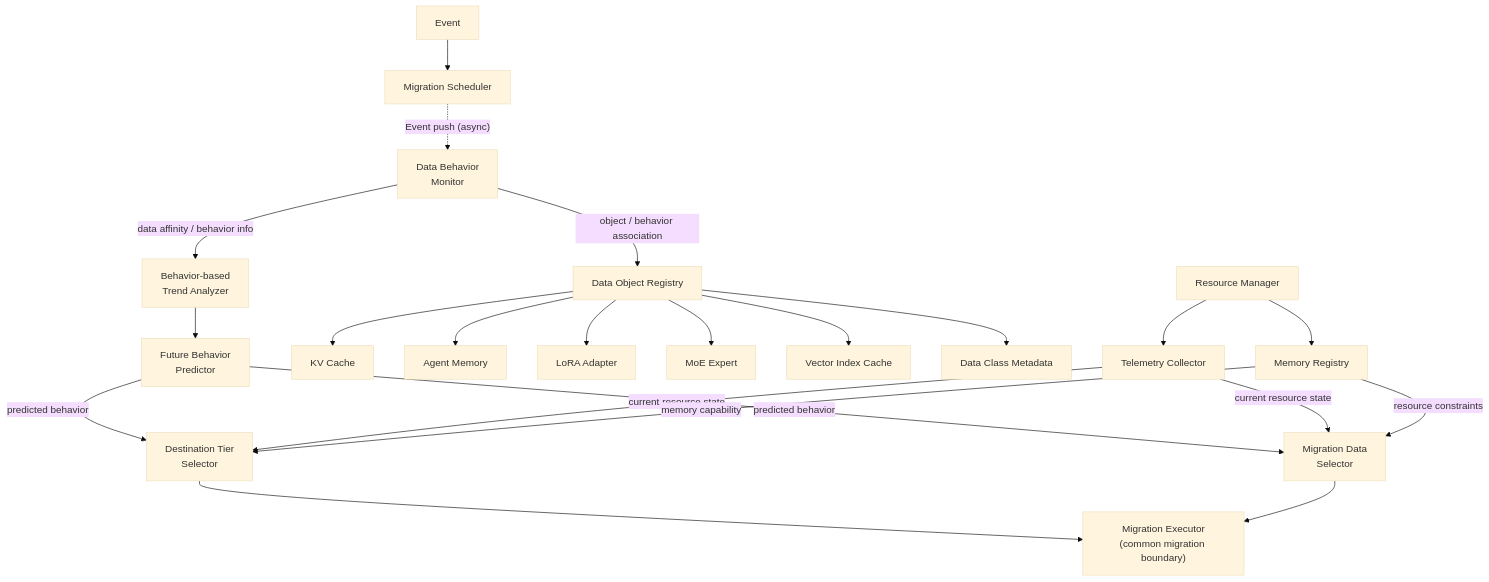
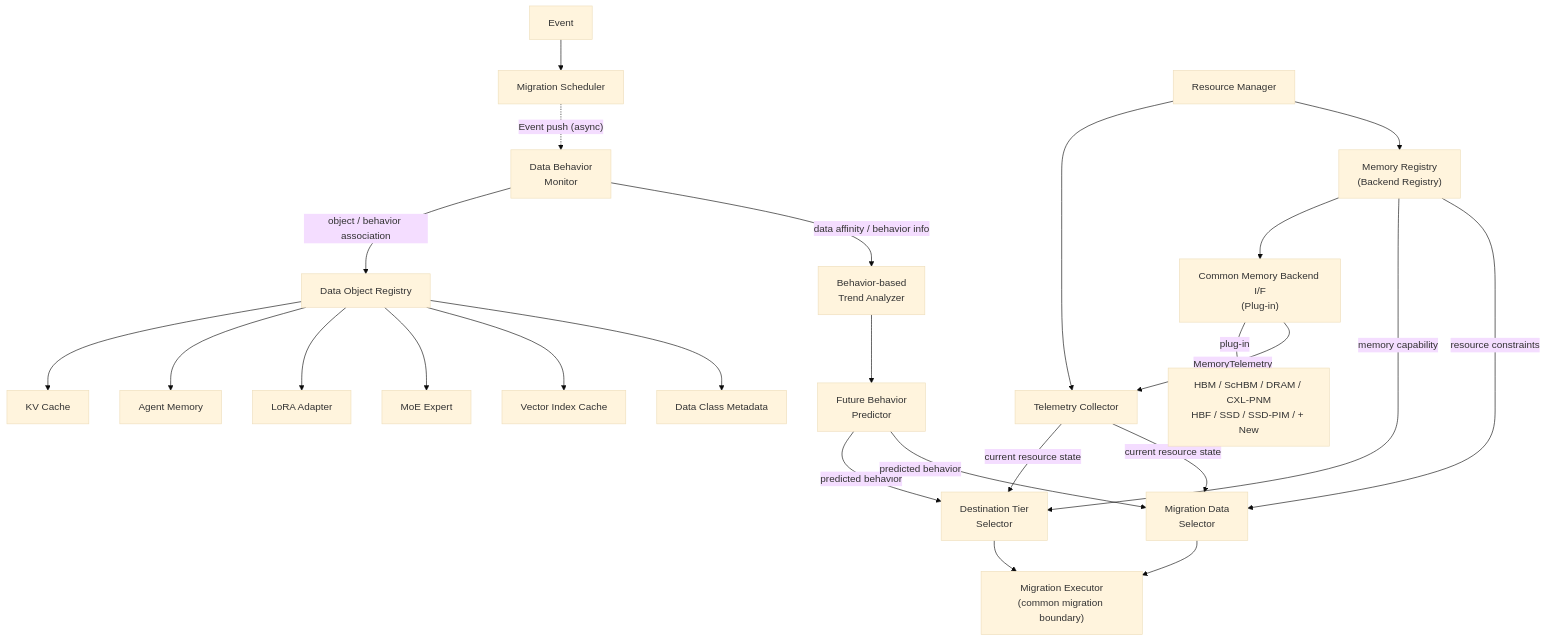
One commit to mkim0628/vllm changed the third of 4 diagrams in doc-mk/DP1/dp1-ai-data-migration-decision-architecture.md. Above: the diagram before and after it, drawn with Mermaid (base theme). The commit also changed other lines of this file, not shown here.

First line of the commit message:
DP1 doc: add common Memory Backend I/F (plug-in) covering design issue 2

```diff
--- a/doc-mk/DP1/dp1-ai-data-migration-decision-architecture.md
+++ b/doc-mk/DP1/dp1-ai-data-migration-decision-architecture.md
@@ -803,53 +1080,58 @@
 ~~~mermaid
 flowchart TD
     EV["Event"]
     MS["Migration Scheduler"]
 
     DBM["Data Behavior<br/>Monitor"]
     BTA["Behavior-based<br/>Trend Analyzer"]
     FBP["Future Behavior<br/>Predictor"]
 
     DOR["Data Object Registry"]
     KV["KV Cache"]
     AM["Agent Memory"]
     LA["LoRA Adapter"]
     MOE["MoE Expert"]
     IDX["Vector Index Cache"]
     META["Data Class Metadata"]
 
     DTS["Destination Tier<br/>Selector"]
     MDS["Migration Data<br/>Selector"]
     ME["Migration Executor<br/>(common migration boundary)"]
 
     RM["Resource Manager"]
     TC["Telemetry Collector"]
-    MR["Memory Registry"]
+    MR["Memory Registry<br/>(Backend Registry)"]
+    MBI["Common Memory Backend I/F<br/>(Plug-in)"]
+    MEMS["HBM / ScHBM / DRAM / CXL-PNM<br/>HBF / SSD / SSD-PIM / + New"]
 
     EV --> MS
     MS -. "Event push (async)" .-> DBM
 
     DBM -->|"object / behavior association"| DOR
     DBM -->|"data affinity / behavior info"| BTA
     BTA --> FBP
 
     DOR --> KV
     DOR --> AM
     DOR --> LA
     DOR --> MOE
     DOR --> IDX
     DOR --> META
 
     RM --> TC
     RM --> MR
+    MR --> MBI
+    MBI -->|"plug-in"| MEMS
+    MBI -->|"MemoryTelemetry"| TC
 
     FBP -->|"predicted behavior"| DTS
     FBP -->|"predicted behavior"| MDS
 
     TC -->|"current resource state"| DTS
     TC -->|"current resource state"| MDS
     MR -->|"memory capability"| DTS
     MR -->|"resource constraints"| MDS
 
     DTS --> ME
     MDS --> ME
 ~~~
```
